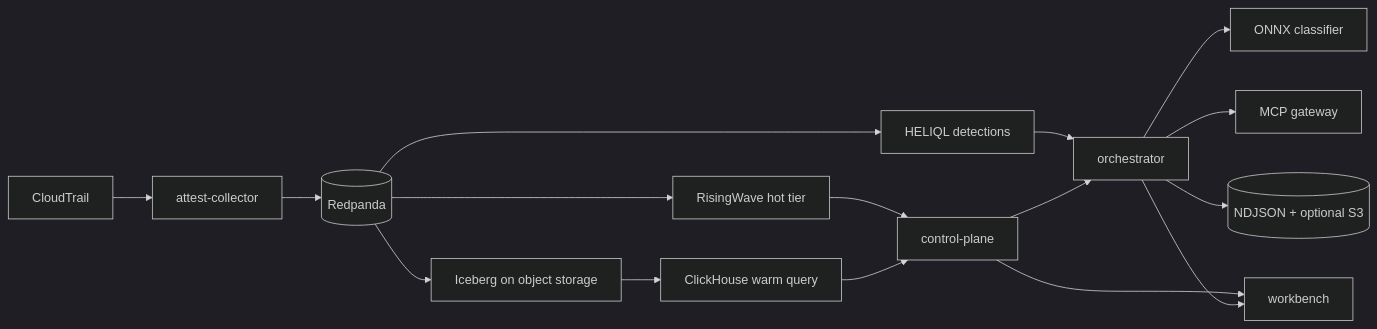
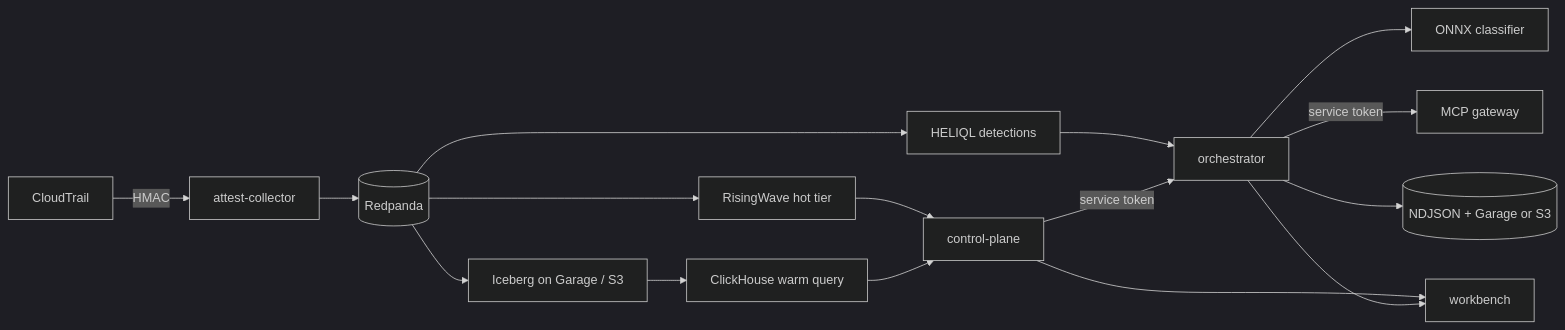
Before and after one commit to mhomaid/attest: the third of 4 diagrams in README.md, drawn with Mermaid (dark theme). The commit also changed other lines of this file and 1 other file, not shown here.

First line of the commit message:
docs: record service auth in the README and T-010 evidence [T-010]

````diff
--- a/README.md
+++ b/README.md
@@ -122,18 +125,18 @@
 ```mermaid
 flowchart LR
-  CT[CloudTrail] --> Col[attest-collector]
+  CT[CloudTrail] -->|HMAC| Col[attest-collector]
   Col --> RP[(Redpanda)]
   RP --> RW[RisingWave hot tier]
-  RP --> PQ[Iceberg on object storage]
+  RP --> PQ[Iceberg on Garage / S3]
   RP --> Det[HELIQL detections]
   PQ --> CH[ClickHouse warm query]
   RW --> CP[control-plane]
   CH --> CP
   Det --> Orch[orchestrator]
-  CP --> Orch
+  CP -->|service token| Orch
   Orch --> ONNX[ONNX classifier]
-  Orch --> MCP[MCP gateway]
-  Orch --> Log[(NDJSON + optional S3)]
+  Orch -->|service token| MCP[MCP gateway]
+  Orch --> Log[(NDJSON + Garage or S3)]
   CP --> WB[workbench]
   Orch --> WB
 ```
````
